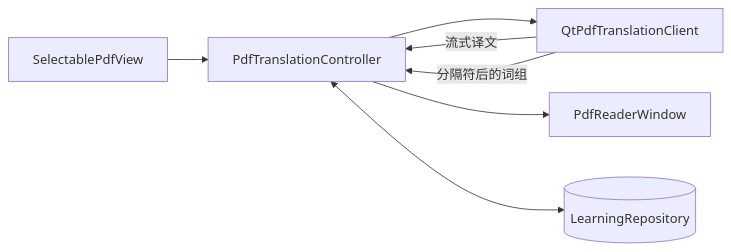
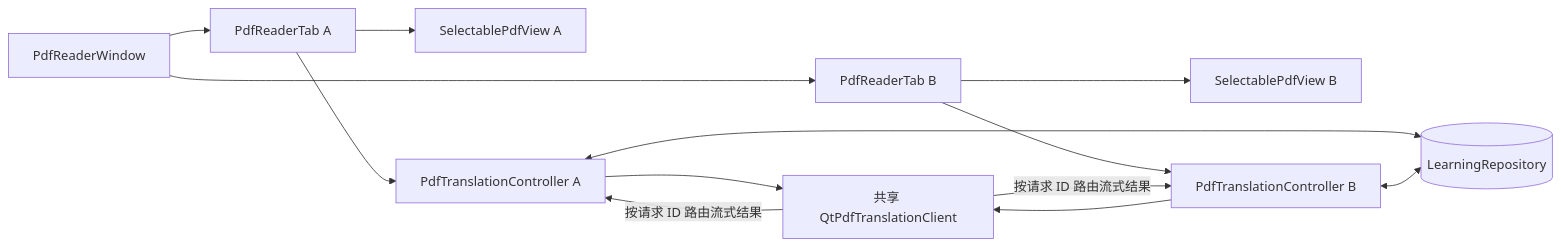
The second of 2 diagrams in docs/ARCHITECTURE.md (renshengrumeng1st/LinguaSpark), drawn with Mermaid before and after one commit. The commit also changed other lines of this file and 2 other files, not shown here.

Commit message:
docs: describe multi-PDF reading workflow

````diff
--- a/docs/ARCHITECTURE.md
+++ b/docs/ARCHITECTURE.md
@@ -22,9 +22,15 @@
 ```mermaid
 flowchart LR
-    V[SelectablePdfView] --> P[PdfTranslationController]
-    P --> C[QtPdfTranslationClient]
-    C -->|流式译文| P
-    C -->|分隔符后的词组| P
-    P --> W[PdfReaderWindow]
-    P <--> R[(LearningRepository)]
+    W[PdfReaderWindow] --> T1[PdfReaderTab A]
+    W --> T2[PdfReaderTab B]
+    T1 --> V1[SelectablePdfView A]
+    T2 --> V2[SelectablePdfView B]
+    T1 --> P1[PdfTranslationController A]
+    T2 --> P2[PdfTranslationController B]
+    P1 --> C[共享 QtPdfTranslationClient]
+    P2 --> C
+    C -->|按请求 ID 路由流式结果| P1
+    C -->|按请求 ID 路由流式结果| P2
+    P1 <--> R[(LearningRepository)]
+    P2 <--> R
 ```
````
